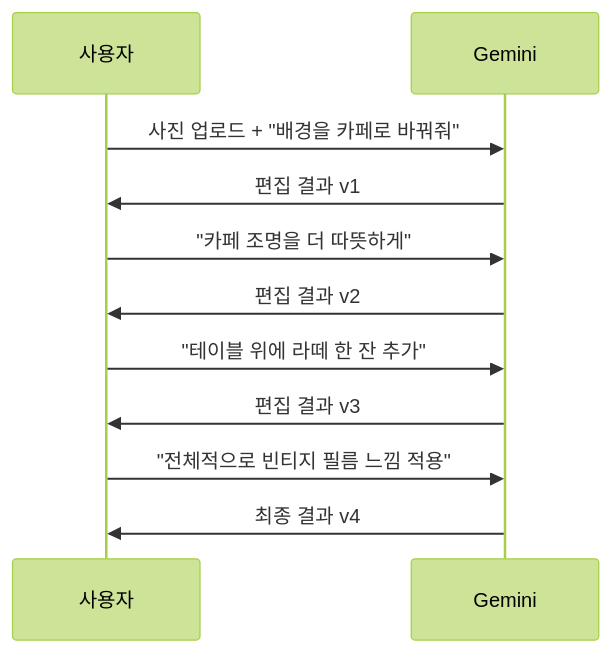
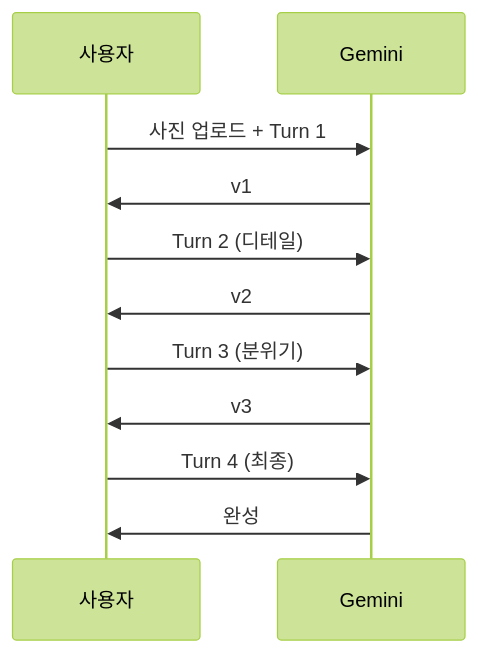
One commit to jsonpassion/forge-tutorial-promptcanvas changed the second of 2 diagrams in 04-ch4-gemini-이미지-생성-실전/03-03-gemini-이미지-편집과-변환.md. Above: the diagram before and after it, drawn with Mermaid (forest theme). The commit also changed other lines of this file and 63 other files, not shown here.

````diff
--- a/04-ch4-gemini-이미지-생성-실전/03-03-gemini-이미지-편집과-변환.md
+++ b/04-ch4-gemini-이미지-생성-실전/03-03-gemini-이미지-편집과-변환.md
@@ -221,14 +152,13 @@
 ```mermaid
 sequenceDiagram
     participant U as 사용자
     participant G as Gemini
-
-    U->>G: 사진 업로드 + "배경을 카페로 바꿔줘"
-    G->>U: 편집 결과 v1
-    U->>G: "카페 조명을 더 따뜻하게"
-    G->>U: 편집 결과 v2
-    U->>G: "테이블 위에 라떼 한 잔 추가"
-    G->>U: 편집 결과 v3
-    U->>G: "전체적으로 빈티지 필름 느낌 적용"
-    G->>U: 최종 결과 v4
+    U->>G: 사진 업로드 + Turn 1
+    G->>U: v1
+    U->>G: Turn 2 (디테일)
+    G->>U: v2
+    U->>G: Turn 3 (분위기)
+    G->>U: v3
+    U->>G: Turn 4 (최종)
+    G->>U: 완성
 ```
````
